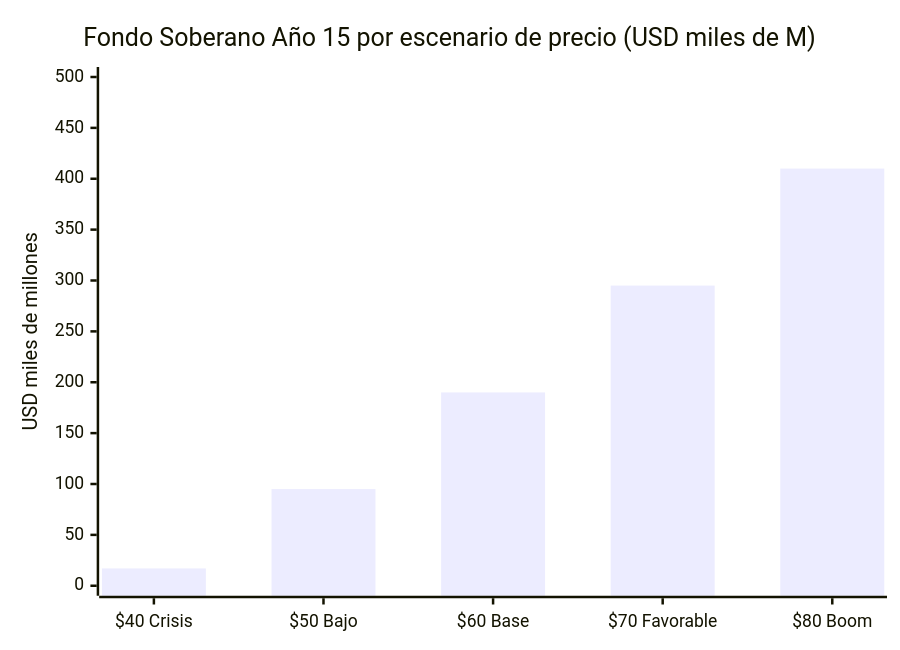
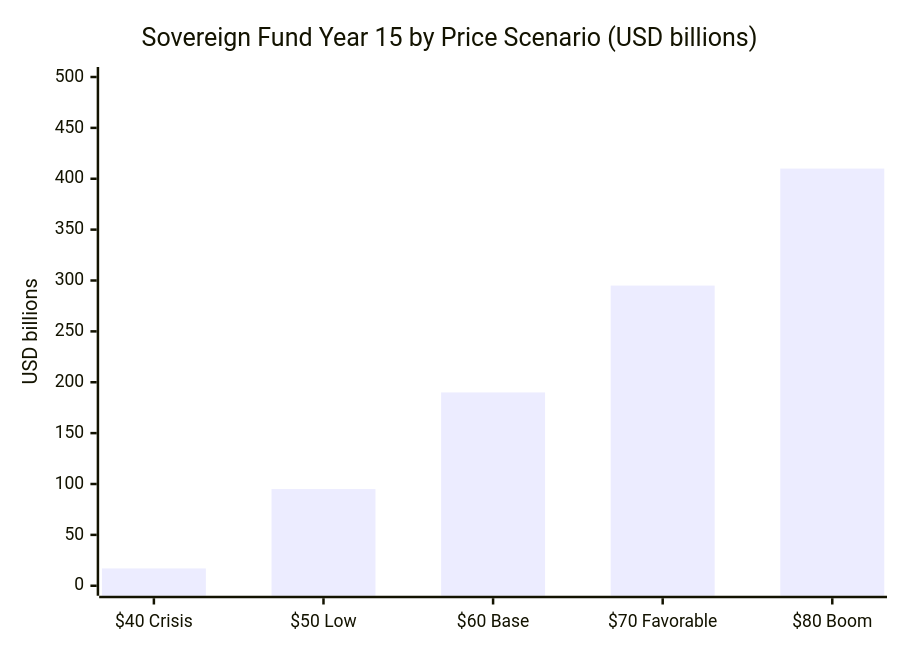
One commit to Venezuela-S-A/venezuela-sa changed the third of 3 diagrams in i18n/en/docusaurus-plugin-content-docs/current/07-ejecucion/proyecciones.md. Above: the diagram before and after it, drawn with Mermaid. The commit also changed other lines of this file and 127 other files, not shown here.

````diff
--- a/i18n/en/docusaurus-plugin-content-docs/current/07-ejecucion/proyecciones.md
+++ b/i18n/en/docusaurus-plugin-content-docs/current/07-ejecucion/proyecciones.md
@@ -75,7 +75,7 @@
 ```mermaid
 xychart-beta
-    title "Fondo Soberano Año 15 por escenario de precio (USD miles de M)"
-    x-axis ["$40 Crisis", "$50 Bajo", "$60 Base", "$70 Favorable", "$80 Boom"]
-    y-axis "USD miles de millones" 0 --> 500
+    title "Sovereign Fund Year 15 by Price Scenario (USD billions)"
+    x-axis ["$40 Crisis", "$50 Low", "$60 Base", "$70 Favorable", "$80 Boom"]
+    y-axis "USD billions" 0 --> 500
     bar [17, 95, 190, 295, 410]
 ```
````
